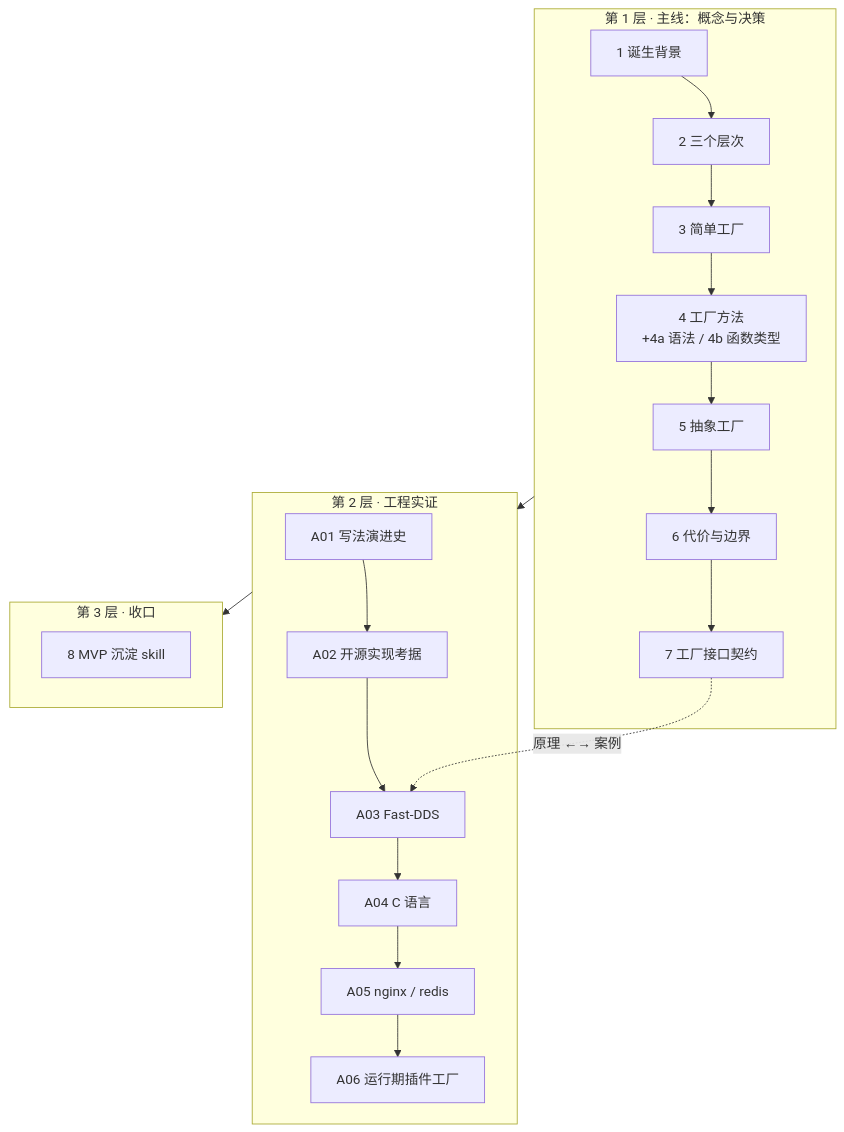
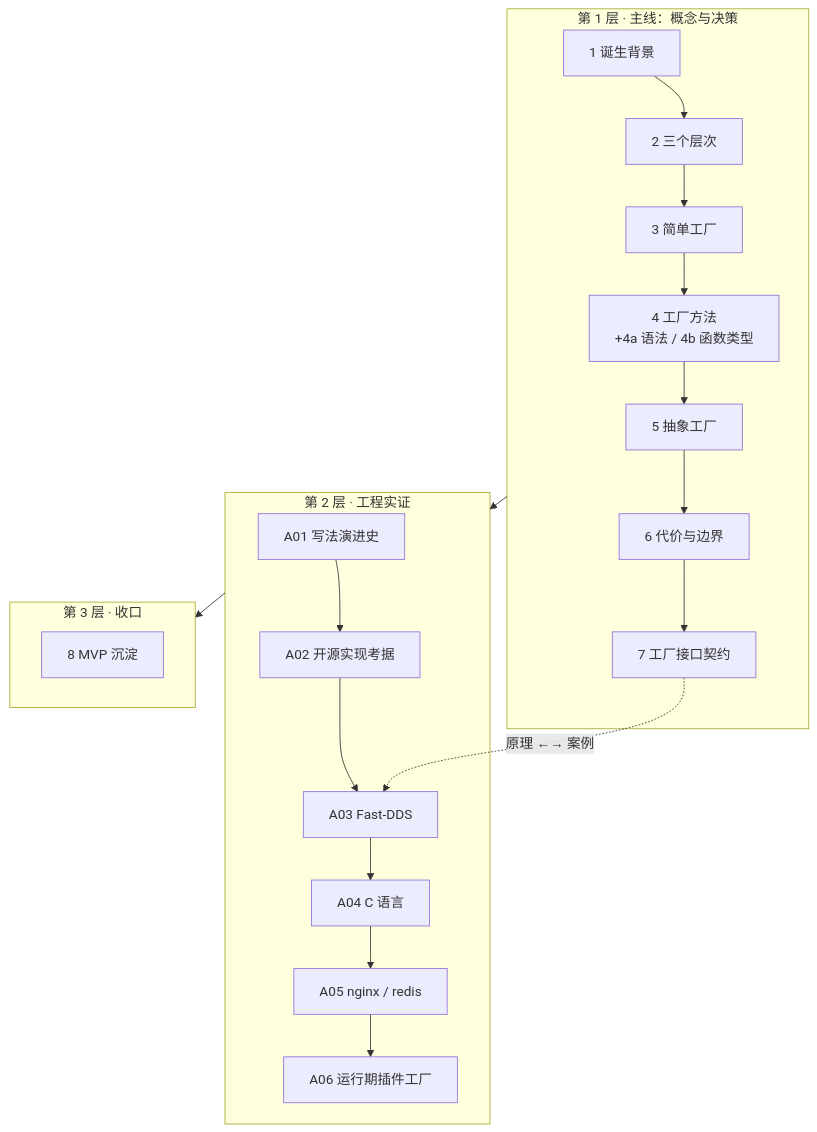
The diagram in factory-pattern/docs/00-讲解计划.md (guang-lee-cn/design-pattern), drawn with Mermaid before and after one commit. The commit also changed other lines of this file and 12 other files, not shown here.

````diff
--- a/factory-pattern/docs/00-讲解计划.md
+++ b/factory-pattern/docs/00-讲解计划.md
@@ -9,17 +9,17 @@
 ```mermaid
 flowchart TB
     subgraph L1["第 1 层 · 主线：概念与决策"]
         P1["1 诞生背景"] --> P2["2 三个层次"] --> P3["3 简单工厂"]
         P3 --> P4["4 工厂方法<br/>+4a 语法 / 4b 函数类型"] --> P5["5 抽象工厂"]
         P5 --> P6["6 代价与边界"] --> P7["7 工厂接口契约"]
     end
     subgraph L2["第 2 层 · 工程实证"]
         A1["A01 写法演进史"] --> A2["A02 开源实现考据"] --> A3["A03 Fast-DDS"]
         A3 --> A4["A04 C 语言"] --> A5["A05 nginx / redis"] --> A6["A06 运行期插件工厂"]
     end
     subgraph L3["第 3 层 · 收口"]
-        M["8 MVP 沉淀 skill"]
+        M["8 MVP 沉淀"]
     end
     L1 --> L2 --> L3
     P7 -. "原理 ←→ 案例" .-> A3
 ```
````
